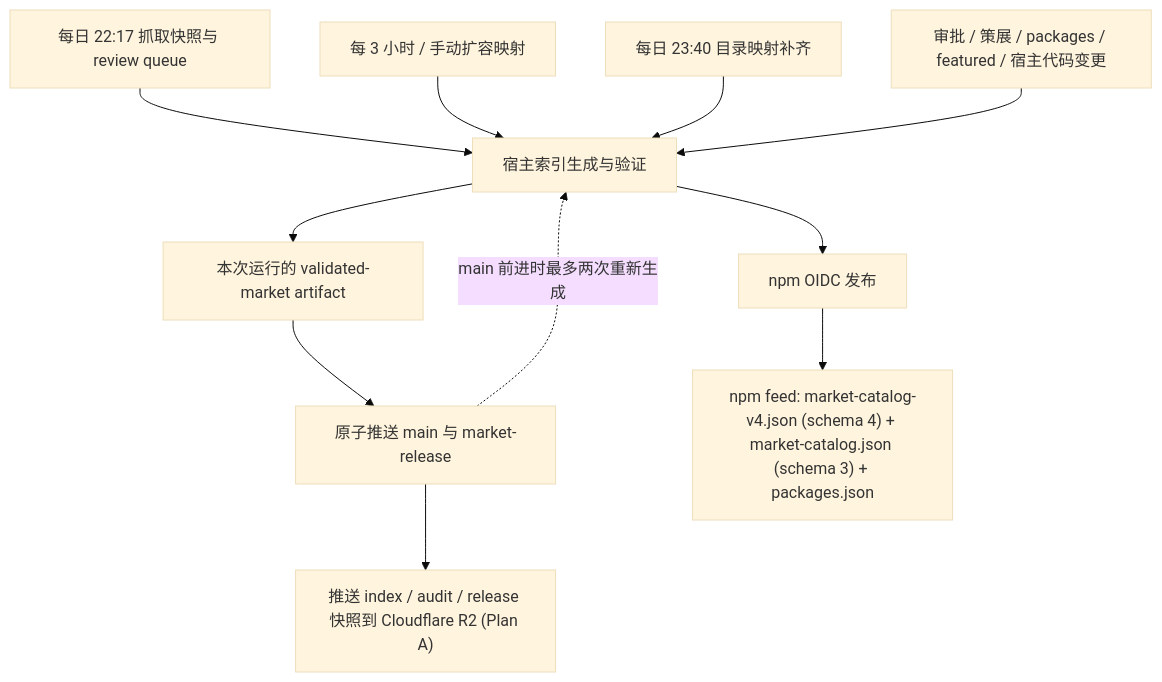
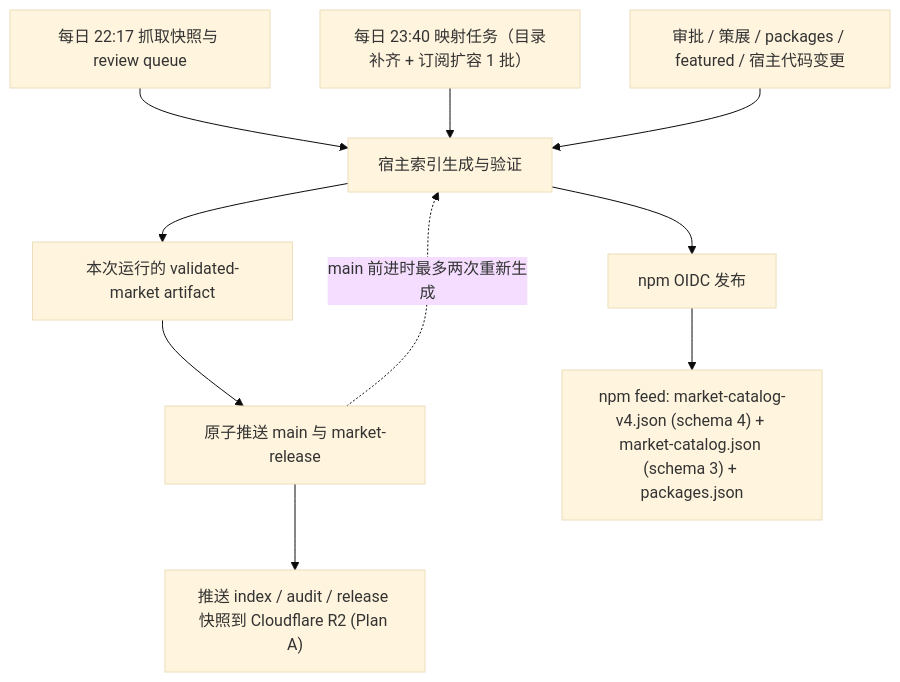
Before and after one commit to bruc3van/awesome-dsh-plugin: the diagram in .github/CI.md, drawn with Mermaid (base theme). The commit also changed other lines of this file and 17 other files, not shown here.

````diff
--- a/.github/CI.md
+++ b/.github/CI.md
@@ -5,13 +5,12 @@
 ```mermaid
 flowchart TD
   Daily["每日 22:17 抓取快照与 review queue"] --> Host["宿主索引生成与验证"]
-  Expand["每 3 小时 / 手动扩容映射"] --> Host
-  Fill["每日 23:40 目录映射补齐"] --> Host
+  Fill["每日 23:40 映射任务（目录补齐 + 订阅扩容 1 批）"] --> Host
   Curation["审批 / 策展 / packages / featured / 宿主代码变更"] --> Host
   Host --> Artifact["本次运行的 validated-market artifact"]
   Artifact --> Publish["原子推送 main 与 market-release"]
   Publish -. main 前进时最多两次重新生成 .-> Host
   Publish --> R2["推送 index / audit / release 快照到 Cloudflare R2 (Plan A)"]
   Host --> NPM["npm OIDC 发布"]
   NPM --> Feed["npm feed: market-catalog-v4.json (schema 4) + market-catalog.json (schema 3) + packages.json"]
 ```
````
